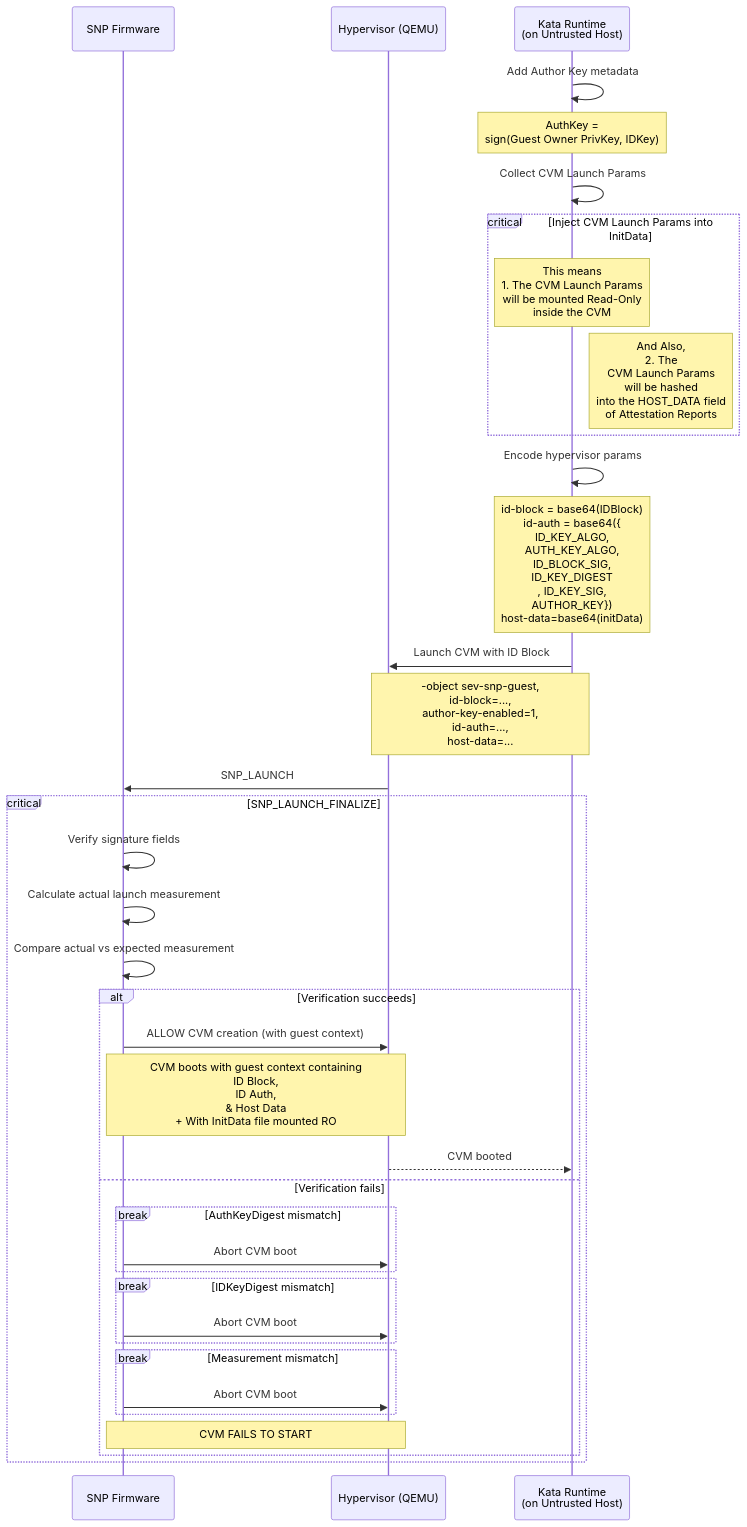
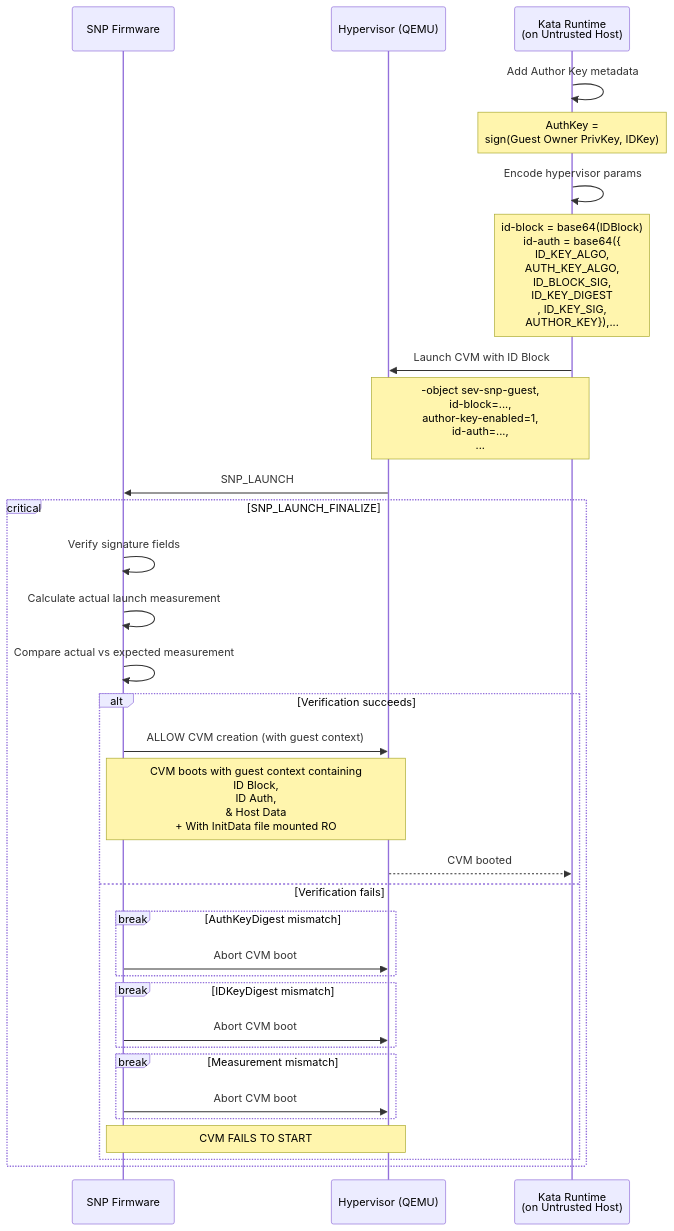
Before and after one commit to amd-cmaxwell/trustee: the third of 6 diagrams in kbs/src/plugins/implementations/sams/README.md, drawn with Mermaid. The commit also changed other lines of this file, not shown here.

First line of the commit message:
kbs: remove launch-param-in-initdata references from SAMS README

````diff
--- a/kbs/src/plugins/implementations/sams/README.md
+++ b/kbs/src/plugins/implementations/sams/README.md
@@ -154,45 +158,39 @@
 ```mermaid
 sequenceDiagram
     participant fw as SNP Firmware
     participant hv as Hypervisor (QEMU)
     participant kata_runtime as Kata Runtime<br>(on Untrusted Host)
 
     kata_runtime ->> kata_runtime: Add Author Key metadata
     note over kata_runtime: AuthKey = <br>sign(Guest Owner PrivKey, IDKey)
 
-    kata_runtime ->> kata_runtime: Collect CVM Launch Params
-    critical Inject CVM Launch Params into InitData
-    note over kata_runtime: This means <br>1. The CVM Launch Params<br>will be mounted Read-Only<br> inside the CVM
-    note right of kata_runtime: And Also,<br>2. The<br> CVM Launch Params<br> will be hashed<br> into the HOST_DATA field<br> of Attestation Reports
-    end
-
     kata_runtime ->> kata_runtime: Encode hypervisor params
-    note over kata_runtime: id-block = base64(IDBlock)<br>id-auth = base64({<br>ID_KEY_ALGO,<br>AUTH_KEY_ALGO, <br>ID_BLOCK_SIG,<br>ID_KEY_DIGEST<br>, ID_KEY_SIG,<br> AUTHOR_KEY})<br>host-data=base64(initData)
+    note over kata_runtime: id-block = base64(IDBlock)<br>id-auth = base64({<br>ID_KEY_ALGO,<br>AUTH_KEY_ALGO, <br>ID_BLOCK_SIG,<br>ID_KEY_DIGEST<br>, ID_KEY_SIG,<br> AUTHOR_KEY}),...
 
     kata_runtime ->> hv: Launch CVM with ID Block
-    note over kata_runtime, hv: -object sev-snp-guest,<br>id-block=...,<br>author-key-enabled=1,<br>id-auth=...,<br>host-data=...
+    note over kata_runtime, hv: -object sev-snp-guest,<br>id-block=...,<br>author-key-enabled=1,<br>id-auth=...,<br>...
     hv ->> fw: SNP_LAUNCH
 
     critical SNP_LAUNCH_FINALIZE
         fw ->> fw: Verify signature fields
         fw ->> fw: Calculate actual launch measurement
         fw ->> fw: Compare actual vs expected measurement
 
         alt Verification succeeds
             fw ->> hv: ALLOW CVM creation (with guest context)
             note over fw, hv: CVM boots with guest context containing<br> ID Block,<br> ID Auth,<br>& Host Data <br> + With InitData file mounted RO
             hv -->> kata_runtime: CVM booted
         else Verification fails
             break AuthKeyDigest mismatch
                 fw ->> hv: Abort CVM boot
             end
             break IDKeyDigest mismatch
                 fw ->> hv: Abort CVM boot
             end
             break Measurement mismatch
                 fw ->> hv: Abort CVM boot
             end
             note over fw, hv: CVM FAILS TO START
         end
     end
 ```
````
